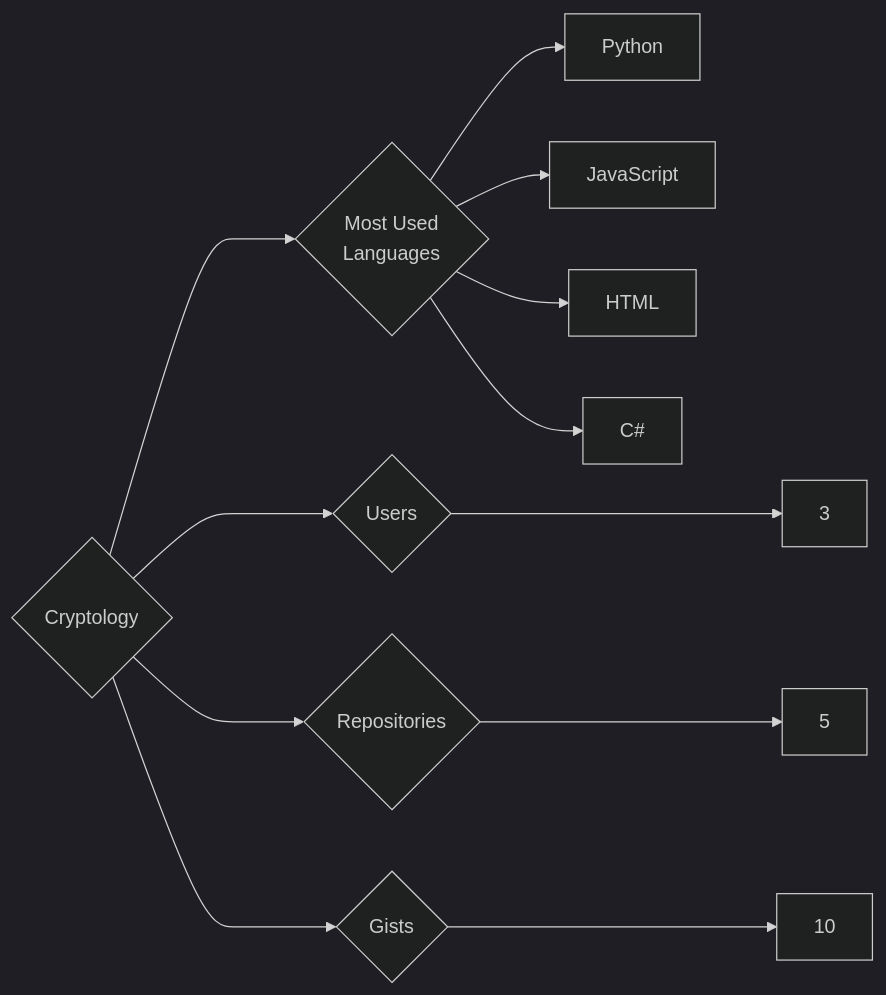
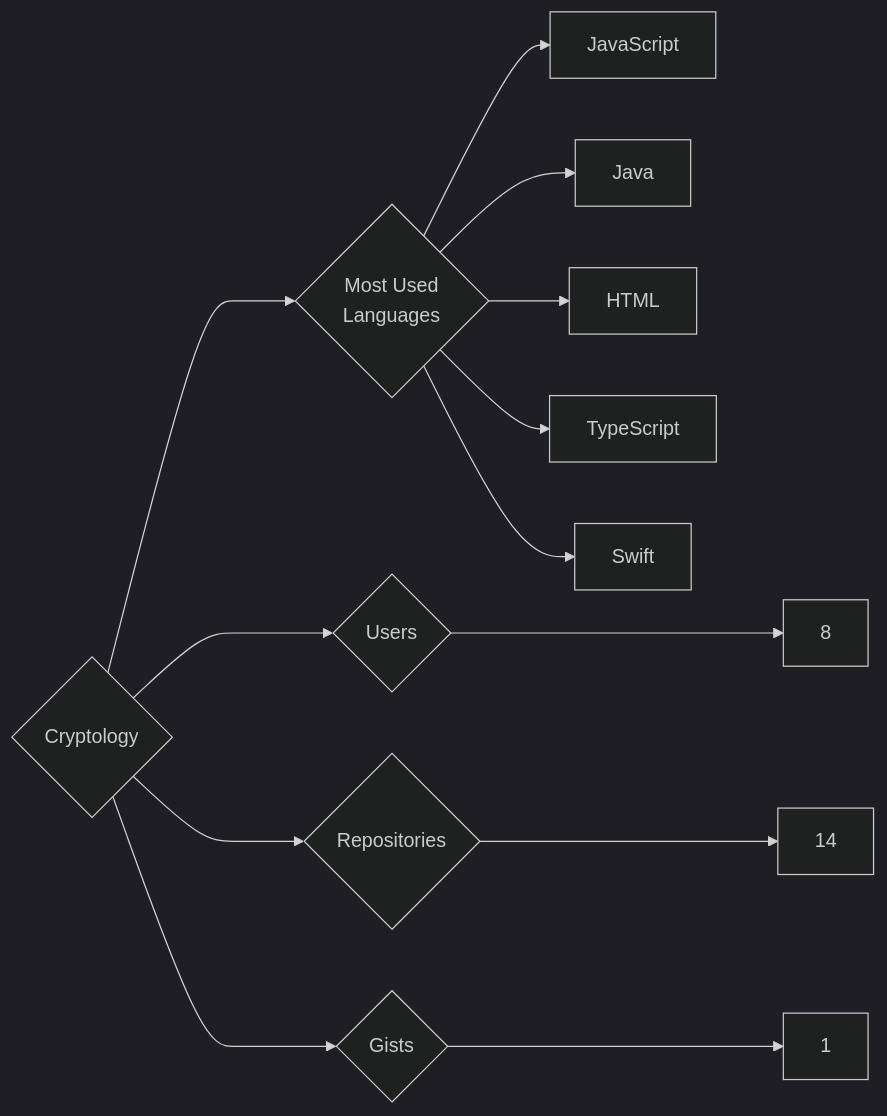
The diagram in targets/Cryptology/README.md (trickest/insiders), drawn with Mermaid (dark theme) before and after one commit. The commit also changed 840 other files, not shown here.

````diff
--- a/targets/Cryptology/README.md
+++ b/targets/Cryptology/README.md
@@ -3,12 +3,13 @@
 ```mermaid
 graph LR
 COMPANY_NAME{Cryptology}
-COMPANY_NAME ---> U{Users} ---> UN[3]
-COMPANY_NAME ---> R{Repositories} ---> RN[5]
-COMPANY_NAME ---> G{Gists} ---> GN[10]
+COMPANY_NAME ---> U{Users} ---> UN[8]
+COMPANY_NAME ---> R{Repositories} ---> RN[14]
+COMPANY_NAME ---> G{Gists} ---> GN[1]
 COMPANY_NAME ---> ML{Most Used<br>Languages}
-ML --> Python[Python]
 ML --> JavaScript[JavaScript]
+ML --> Java[Java]
 ML --> HTML[HTML]
-ML --> C#[C#]
+ML --> TypeScript[TypeScript]
+ML --> Swift[Swift]
 ```
````
